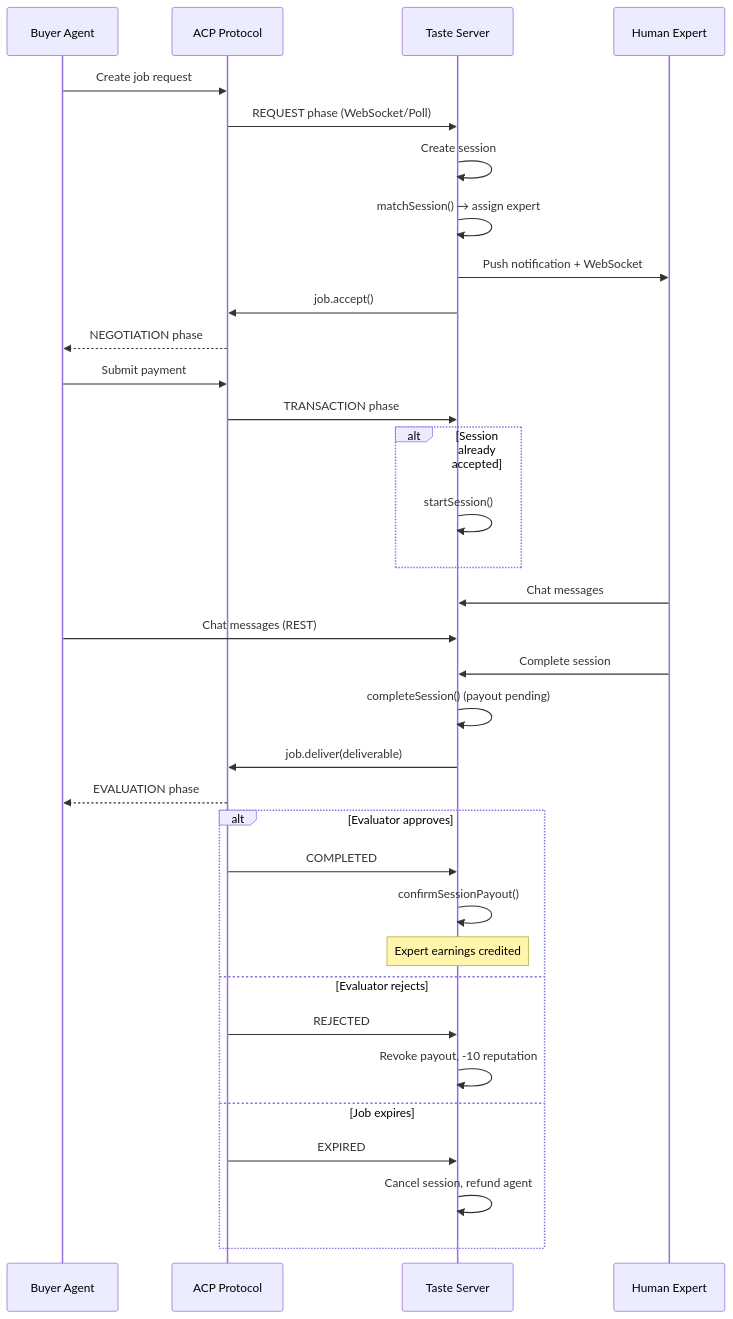
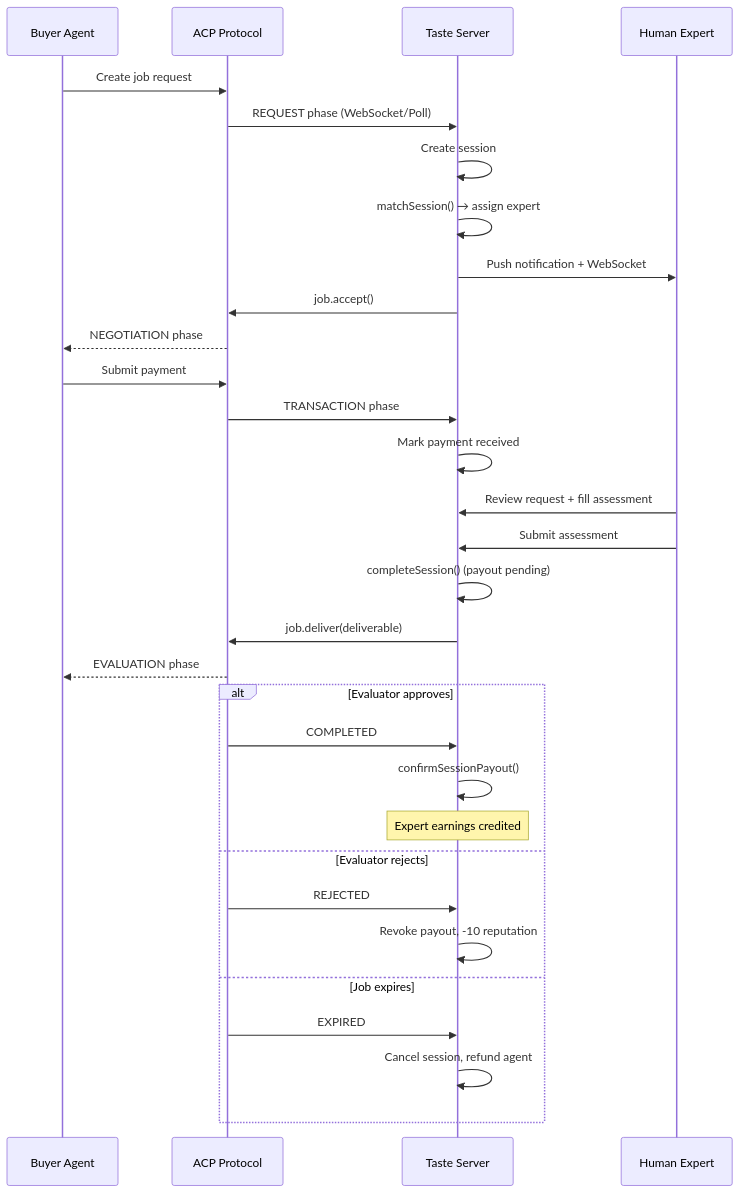
The first of 3 diagrams in docs/use-cases.md (jardstedt/taste), drawn with Mermaid before and after one commit. The commit also changed other lines of this file and 4 other files, not shown here.

First line of the commit message:
Disable unused API routes: add-ons, file upload, session creation, send-as-agent

````diff
--- a/docs/use-cases.md
+++ b/docs/use-cases.md
@@ -257,42 +306,37 @@
 ```mermaid
 sequenceDiagram
     participant Agent as Buyer Agent
     participant ACP as ACP Protocol
     participant Taste as Taste Server
     participant Expert as Human Expert
 
     Agent->>ACP: Create job request
     ACP->>Taste: REQUEST phase (WebSocket/Poll)
     Taste->>Taste: Create session
     Taste->>Taste: matchSession() → assign expert
     Taste->>Expert: Push notification + WebSocket
     Taste->>ACP: job.accept()
 
     ACP-->>Agent: NEGOTIATION phase
     Agent->>ACP: Submit payment
     ACP->>Taste: TRANSACTION phase
+    Taste->>Taste: Mark payment received
 
-    alt Session already accepted
-        Taste->>Taste: startSession()
-    end
-
-    Expert->>Taste: Chat messages
-    Agent->>Taste: Chat messages (REST)
-
-    Expert->>Taste: Complete session
+    Expert->>Taste: Review request + fill assessment
+    Expert->>Taste: Submit assessment
     Taste->>Taste: completeSession() (payout pending)
     Taste->>ACP: job.deliver(deliverable)
     ACP-->>Agent: EVALUATION phase
 
     alt Evaluator approves
         ACP->>Taste: COMPLETED
         Taste->>Taste: confirmSessionPayout()
         Note over Taste: Expert earnings credited
     else Evaluator rejects
         ACP->>Taste: REJECTED
         Taste->>Taste: Revoke payout, -10 reputation
     else Job expires
         ACP->>Taste: EXPIRED
         Taste->>Taste: Cancel session, refund agent
     end
 ```
````
